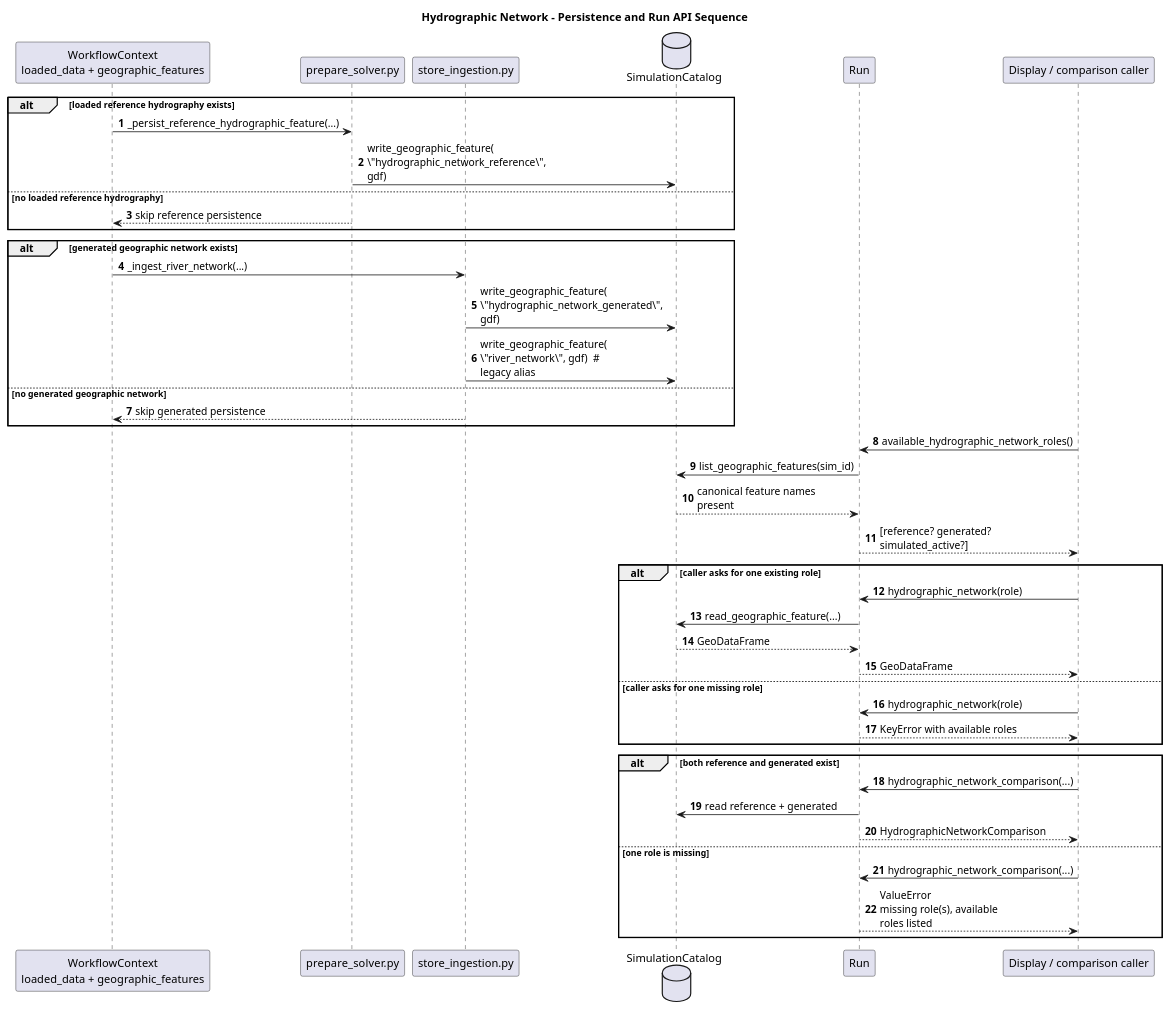
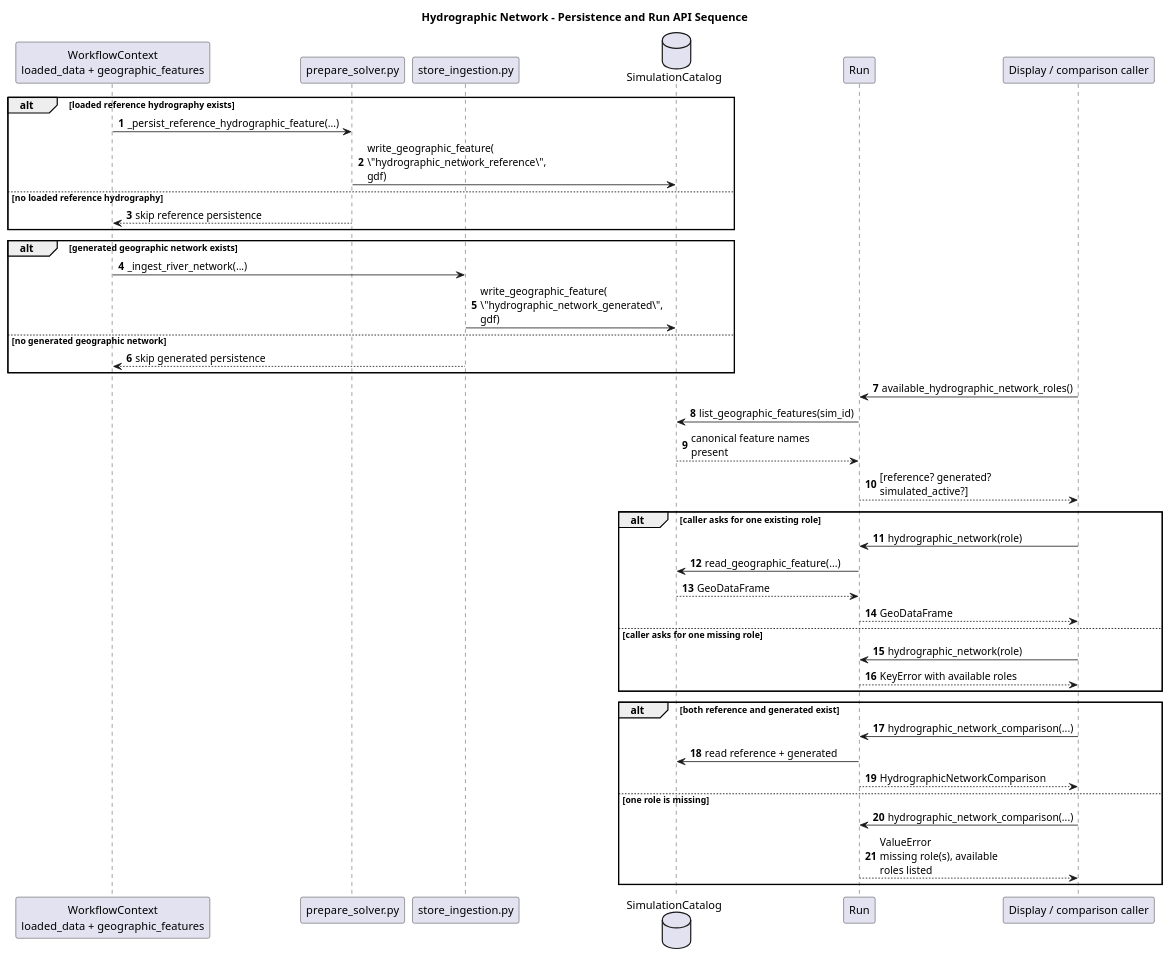
Before and after one commit to HydroModPy/HydroModPy: the diagram in docs/source/architecture/spatial_support/diagrams/hydrographic_network_persistence_run_sequence.wsd, drawn with PlantUML. The commit also changed 29 other files, not shown here.

First line of the commit message:
Remove geographic river trace legacy aliases

```diff
--- a/docs/source/architecture/spatial_support/diagrams/hydrographic_network_persistence_run_sequence.wsd
+++ b/docs/source/architecture/spatial_support/diagrams/hydrographic_network_persistence_run_sequence.wsd
@@ -1,52 +1,51 @@
 @startuml
 title Hydrographic Network - Persistence and Run API Sequence
 autonumber
 skinparam wrapWidth 180
 skinparam maxMessageSize 180
 
 participant "WorkflowContext\nloaded_data + geographic_features" as Ctx
 participant "prepare_solver.py" as ReferencePersistence
 participant "store_ingestion.py" as StoreIngestion
 database "SimulationCatalog" as Catalog
 participant "Run" as Run
 participant "Display / comparison caller" as Caller
 
 alt loaded reference hydrography exists
   Ctx -> ReferencePersistence : _persist_reference_hydrographic_feature(...)
   ReferencePersistence -> Catalog : write_geographic_feature(\n\"hydrographic_network_reference\", gdf)
 else no loaded reference hydrography
   ReferencePersistence --> Ctx : skip reference persistence
 end
 
 alt generated geographic network exists
   Ctx -> StoreIngestion : _ingest_river_network(...)
   StoreIngestion -> Catalog : write_geographic_feature(\n\"hydrographic_network_generated\", gdf)
-  StoreIngestion -> Catalog : write_geographic_feature(\n\"river_network\", gdf)  # legacy alias
 else no generated geographic network
   StoreIngestion --> Ctx : skip generated persistence
 end
 
 Caller -> Run : available_hydrographic_network_roles()
 Run -> Catalog : list_geographic_features(sim_id)
 Catalog --> Run : canonical feature names present
 Run --> Caller : [reference? generated? simulated_active?]
 
 alt caller asks for one existing role
   Caller -> Run : hydrographic_network(role)
   Run -> Catalog : read_geographic_feature(...)
   Catalog --> Run : GeoDataFrame
   Run --> Caller : GeoDataFrame
 else caller asks for one missing role
   Caller -> Run : hydrographic_network(role)
   Run --> Caller : KeyError with available roles
 end
 
 alt both reference and generated exist
   Caller -> Run : hydrographic_network_comparison(...)
   Run -> Catalog : read reference + generated
   Run --> Caller : HydrographicNetworkComparison
 else one role is missing
   Caller -> Run : hydrographic_network_comparison(...)
   Run --> Caller : ValueError\nmissing role(s), available roles listed
 end
 @enduml
```
